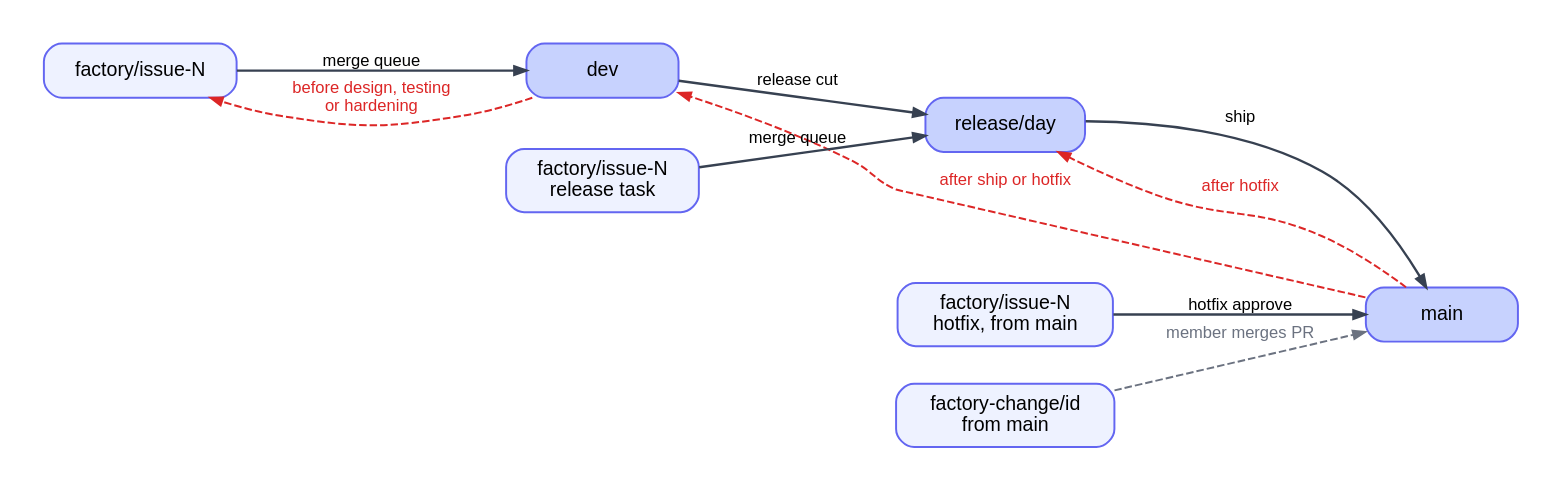
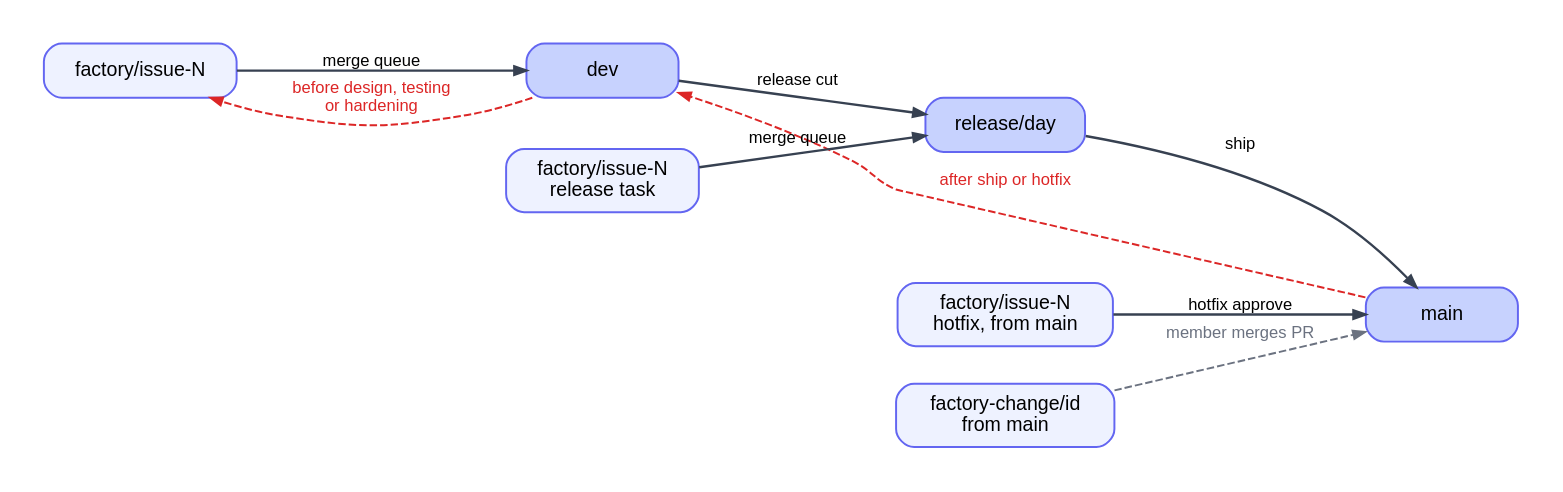
The diagram in factory/docs/diagrams/branches.dot (btseytlin/road-machiners), drawn with Graphviz before and after one commit. The commit also changed 24 other files, not shown here.

Commit message:
The release stays put after its cut and meets main once, at Ship, which merges, checks and fixes in its own session

```diff
--- a/factory/docs/diagrams/branches.dot
+++ b/factory/docs/diagrams/branches.dot
@@ -1,16 +1,15 @@
 // Branches. Each arrow is a merge. Grey: a pull request a member merges.
 digraph branches {
   rankdir=LR; nodesep=0.35; ranksep=0.8; bgcolor=white; pad=0.3;
   node [shape=box, style="rounded,filled", fillcolor="#eef2ff", color="#6366f1", fontname="Helvetica", fontsize=13, margin="0.2,0.1", penwidth=1.3, width=1.4];
   edge [color="#374151", penwidth=1.6, arrowsize=0.8, fontname="Helvetica", fontsize=11];
   issue [label="factory/issue-N"]; dev [label="dev", fillcolor="#c7d2fe"]; rel [label="release/day", fillcolor="#c7d2fe"]; main [label="main", fillcolor="#c7d2fe"];
   task [label="factory/issue-N\nrelease task"]; hotfix [label="factory/issue-N\nhotfix, from main"]; chg [label="factory-change/id\nfrom main"];
   issue -> dev [label="merge queue"]; dev -> rel [label="release cut"]; rel -> main [label="ship"];
   task -> rel [label="merge queue"]; hotfix -> main [label="hotfix approve"];
   edge [color="#dc2626", fontcolor="#dc2626", style=dashed, penwidth=1.3];
   main -> dev [label="after ship or hotfix", constraint=false];
-  main -> rel [label="after hotfix", constraint=false];
   dev -> issue [label="before design, testing\nor hardening", constraint=false];
   edge [color="#6b7280", fontcolor="#6b7280"];
   chg -> main [label="member merges PR"];
 }
```
